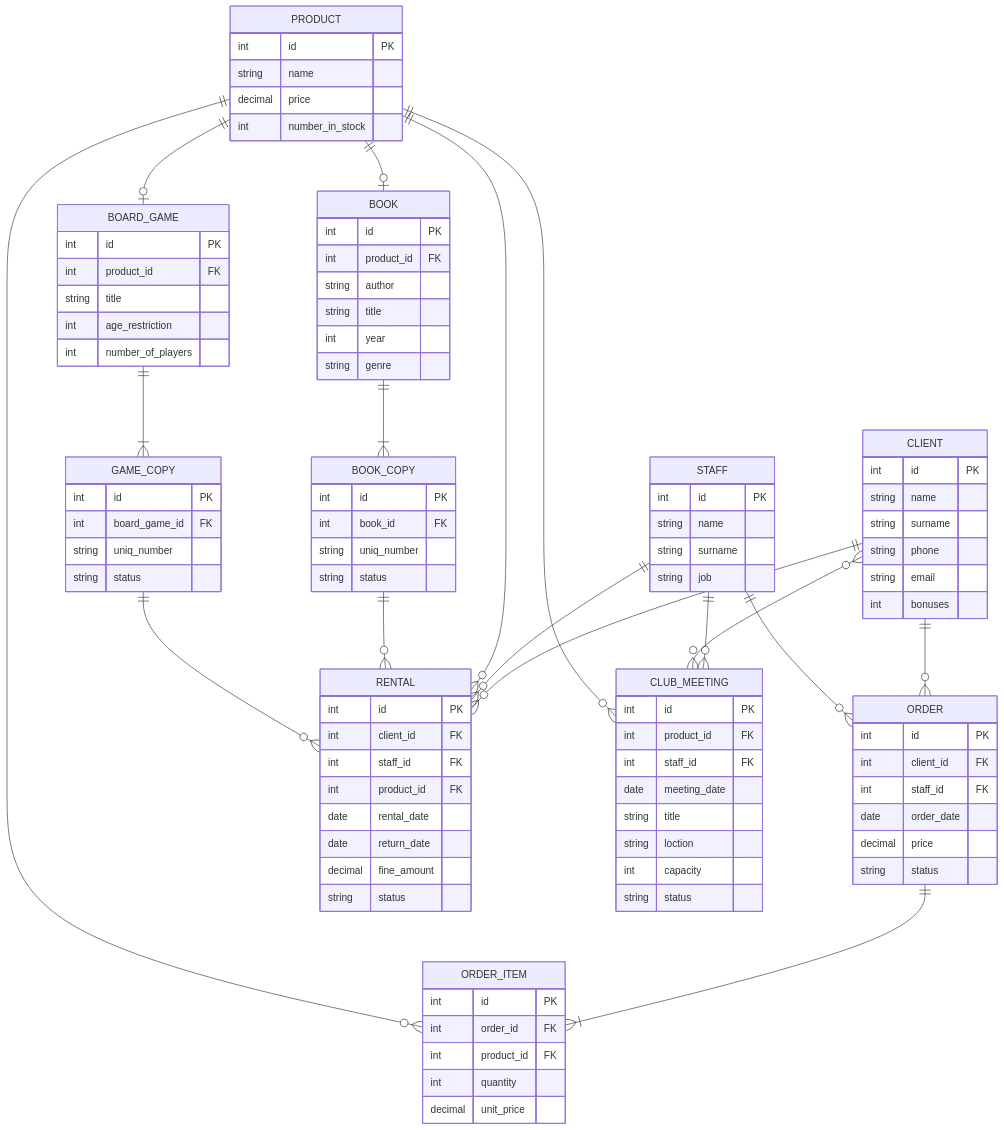
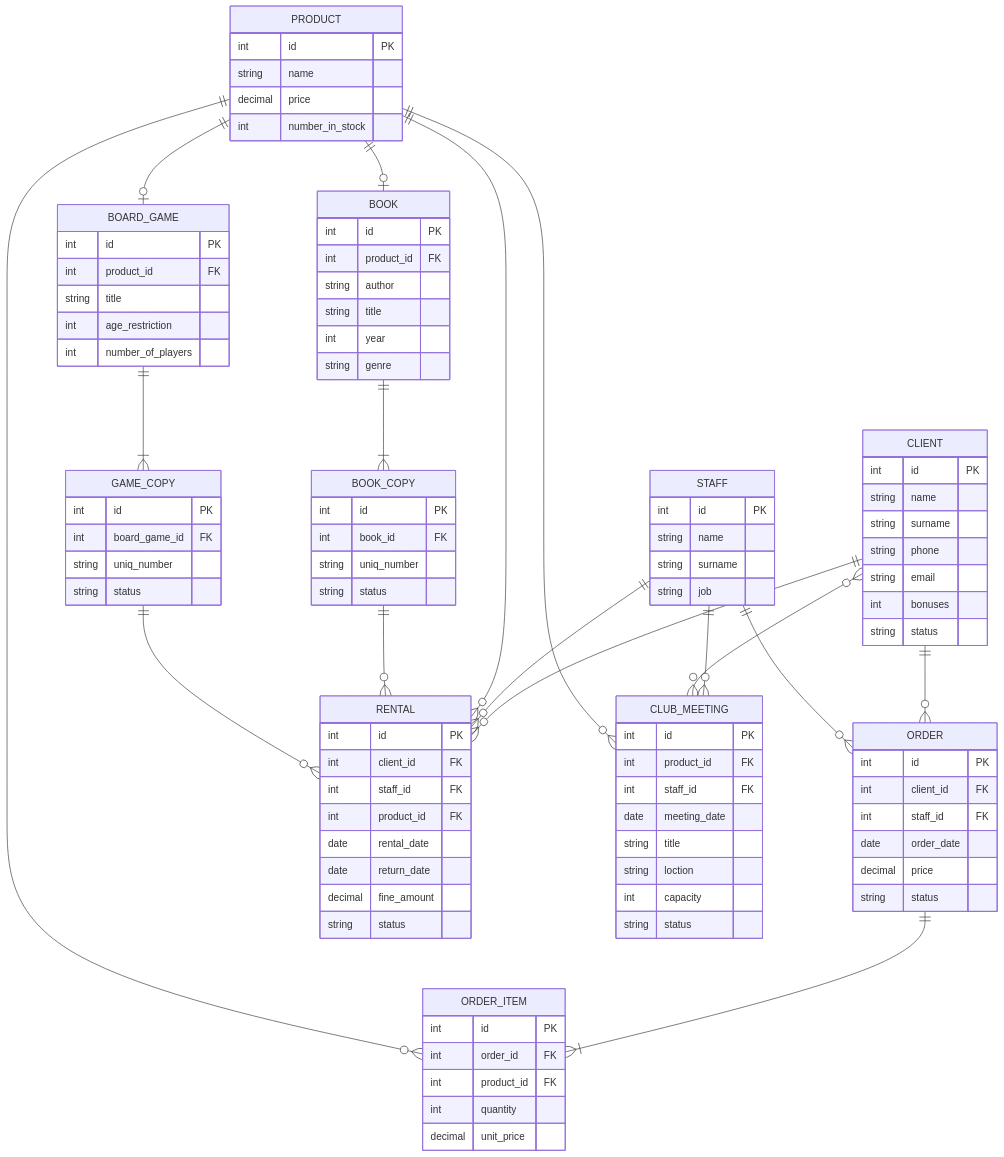
Before and after one commit to sofiakiosova37-boop/bookshop_kpi2: the diagram in task1/ERdiagram.mmd, drawn with Mermaid. The commit also changed 1 other file, not shown here.

```diff
--- a/task1/ERdiagram.mmd
+++ b/task1/ERdiagram.mmd
@@ -1,111 +1,112 @@
 erDiagram
 CLIENT ||--o{ ORDER : ""
 CLIENT ||--o{ RENTAL : ""
 STAFF ||--o{ ORDER : ""
 STAFF||--o{ RENTAL : ""
 STAFF ||--o{ CLUB_MEETING : ""
 CLIENT }o--o{ CLUB_MEETING: ""
 PRODUCT ||--o{ CLUB_MEETING : ""
 ORDER ||--|{ ORDER_ITEM : ""
 PRODUCT ||--o{ RENTAL : ""
 BOOK ||--|{ BOOK_COPY: ""
 BOARD_GAME||--|{ GAME_COPY: ""
 PRODUCT ||--o|BOOK: ""
 PRODUCT ||--o|BOARD_GAME: ""
 PRODUCT ||--o{ORDER_ITEM: ""
 BOOK_COPY ||--o{ RENTAL : ""
 GAME_COPY ||--o{ RENTAL : ""
 
 STAFF {
     int id PK
     string name
     string surname
     string job
 }
 
 CLIENT {
     int id PK
     string name
     string surname
     string phone
     string email
     int bonuses
+    string status
 }
 
 BOOK {
     int id PK
     int product_id FK
     string author
     string title
     int year
     string genre
 }
 
 BOARD_GAME {
     int id PK
     int product_id FK
     string title
     int age_restriction
     int number_of_players
 }
 
 PRODUCT {
     int id PK
     string name
     decimal price
     int number_in_stock
 }
 
 
 BOOK_COPY {
     int id PK
     int book_id FK
     string uniq_number
     string status
 }
 
 GAME_COPY {
     int id PK
     int board_game_id FK
     string uniq_number
     string status
 }
 
 ORDER {
     int id PK
     int client_id FK
     int staff_id FK
     date order_date 
     decimal price
     string status
 }
 
 RENTAL {
     int id PK
     int client_id FK 
     int staff_id FK 
     int product_id FK
     date rental_date
     date return_date
     decimal fine_amount
     string status
 }
 
 CLUB_MEETING {
     int id PK
     int product_id FK
     int staff_id FK
     date meeting_date
     string title
     string loction
     int capacity
     string status 
 }
 
 ORDER_ITEM {
     int id PK
     int order_id FK
     int product_id FK
     int quantity
     decimal unit_price
 }
```
